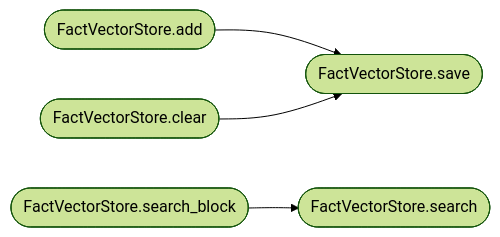
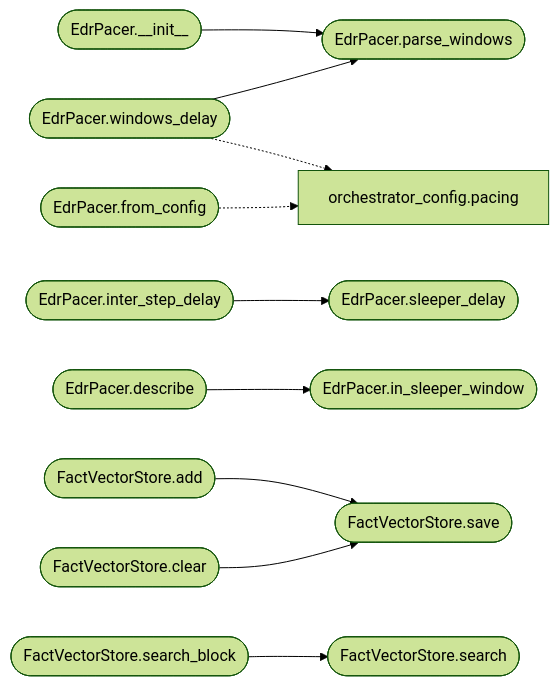
The second of 2 diagrams in readmenator-apidocs/modules/modules.loop_guardrails.py.md (grisuno/LazyOwn), drawn with Mermaid (forest theme) before and after one commit. The commit also changed other lines of this file and 496 other files, not shown here.

````diff
--- a/readmenator-apidocs/modules/modules.loop_guardrails.py.md
+++ b/readmenator-apidocs/modules/modules.loop_guardrails.py.md
@@ -73,11 +79,26 @@
 ```mermaid
 flowchart LR
+    n_modules_loop_guardrails_py__EdrPacer___init__(["EdrPacer.__init__"])
+    n_modules_loop_guardrails_py__EdrPacer_parse_windows(["EdrPacer.parse_windows"])
+    n_modules_loop_guardrails_py__EdrPacer_windows_delay(["EdrPacer.windows_delay"])
+    n_modules_loop_guardrails_py__EdrPacer_inter_step_delay(["EdrPacer.inter_step_delay"])
+    n_modules_loop_guardrails_py__EdrPacer_sleeper_delay(["EdrPacer.sleeper_delay"])
+    n_modules_loop_guardrails_py__EdrPacer_describe(["EdrPacer.describe"])
+    n_modules_loop_guardrails_py__EdrPacer_in_sleeper_window(["EdrPacer.in_sleeper_window"])
     n_modules_loop_guardrails_py__FactVectorStore_add(["FactVectorStore.add"])
     n_modules_loop_guardrails_py__FactVectorStore_save(["FactVectorStore.save"])
     n_modules_loop_guardrails_py__FactVectorStore_search_block(["FactVectorStore.search_block"])
     n_modules_loop_guardrails_py__FactVectorStore_search(["FactVectorStore.search"])
     n_modules_loop_guardrails_py__FactVectorStore_clear(["FactVectorStore.clear"])
+    n_modules_loop_guardrails_py__EdrPacer_from_config(["EdrPacer.from_config"])
+    n_modules_orchestrator_config_py__pacing["orchestrator_config.pacing"]
+    n_modules_loop_guardrails_py__EdrPacer___init__ --> n_modules_loop_guardrails_py__EdrPacer_parse_windows
+    n_modules_loop_guardrails_py__EdrPacer_windows_delay --> n_modules_loop_guardrails_py__EdrPacer_parse_windows
+    n_modules_loop_guardrails_py__EdrPacer_inter_step_delay --> n_modules_loop_guardrails_py__EdrPacer_sleeper_delay
+    n_modules_loop_guardrails_py__EdrPacer_describe --> n_modules_loop_guardrails_py__EdrPacer_in_sleeper_window
     n_modules_loop_guardrails_py__FactVectorStore_add --> n_modules_loop_guardrails_py__FactVectorStore_save
     n_modules_loop_guardrails_py__FactVectorStore_search_block --> n_modules_loop_guardrails_py__FactVectorStore_search
     n_modules_loop_guardrails_py__FactVectorStore_clear --> n_modules_loop_guardrails_py__FactVectorStore_save
+    n_modules_loop_guardrails_py__EdrPacer_from_config -.-> n_modules_orchestrator_config_py__pacing
+    n_modules_loop_guardrails_py__EdrPacer_windows_delay -.-> n_modules_orchestrator_config_py__pacing
 ```
````
